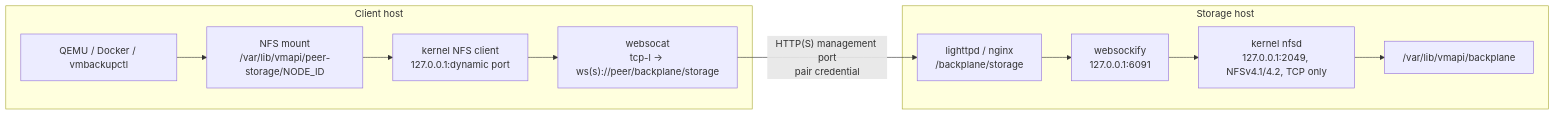
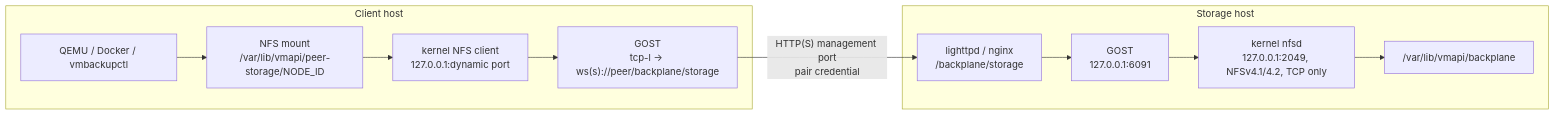
Before and after one commit to theonemule/LiteVMM: the diagram in docs/technical/storage-backplane.md, drawn with Mermaid. The commit also changed other lines of this file and 19 other files, not shown here.

````diff
--- a/docs/technical/storage-backplane.md
+++ b/docs/technical/storage-backplane.md
@@ -14,14 +14,14 @@
 ```mermaid
 flowchart LR
     subgraph Client host
       A["QEMU / Docker / vmbackupctl"] --> M["NFS mount<br/>/var/lib/vmapi/peer-storage/NODE_ID"]
       M --> N["kernel NFS client<br/>127.0.0.1:dynamic port"]
-      N --> WC["websocat<br/>tcp-l → ws(s)://peer/backplane/storage"]
+      N --> WC["GOST<br/>tcp-l → ws(s)://peer/backplane/storage"]
     end
     WC -->|"HTTP(S) management port<br/>pair credential"| WS
     subgraph Storage host
-      WS["lighttpd / nginx<br/>/backplane/storage"] --> WY["websockify<br/>127.0.0.1:6091"]
+      WS["lighttpd / nginx<br/>/backplane/storage"] --> WY["GOST<br/>127.0.0.1:6091"]
       WY --> NFSD["kernel nfsd<br/>127.0.0.1:2049, NFSv4.1/4.2, TCP only"]
       NFSD --> FS["/var/lib/vmapi/backplane"]
     end
 ```
````
